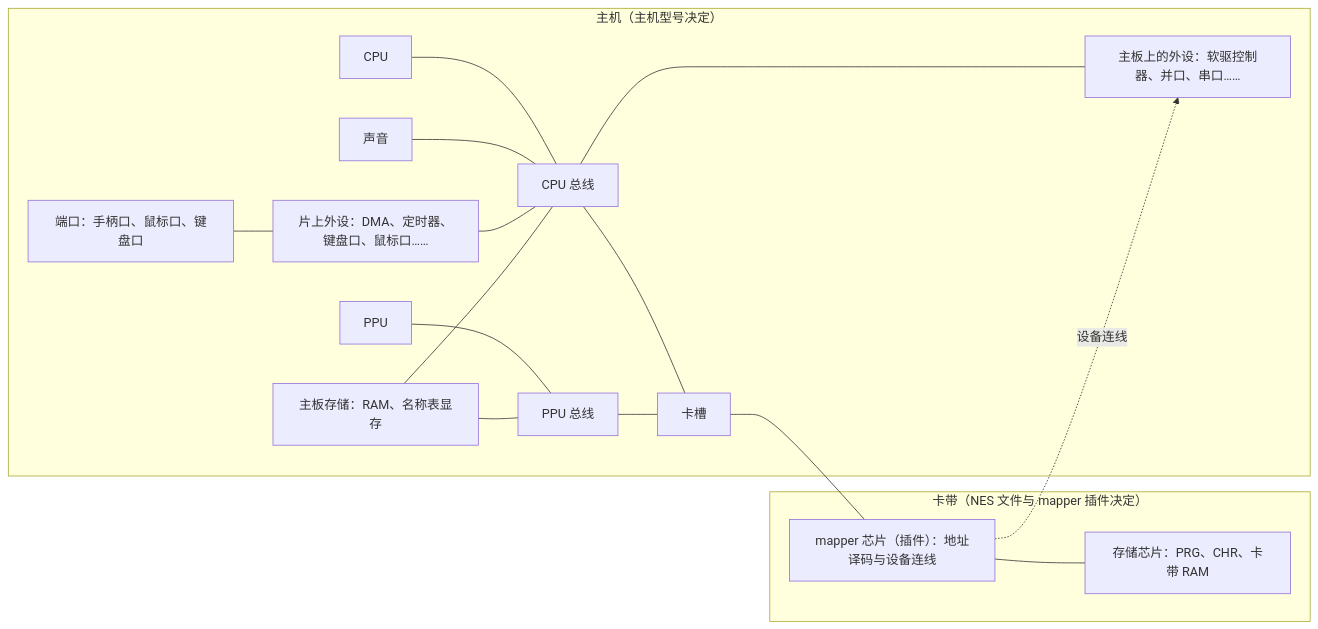
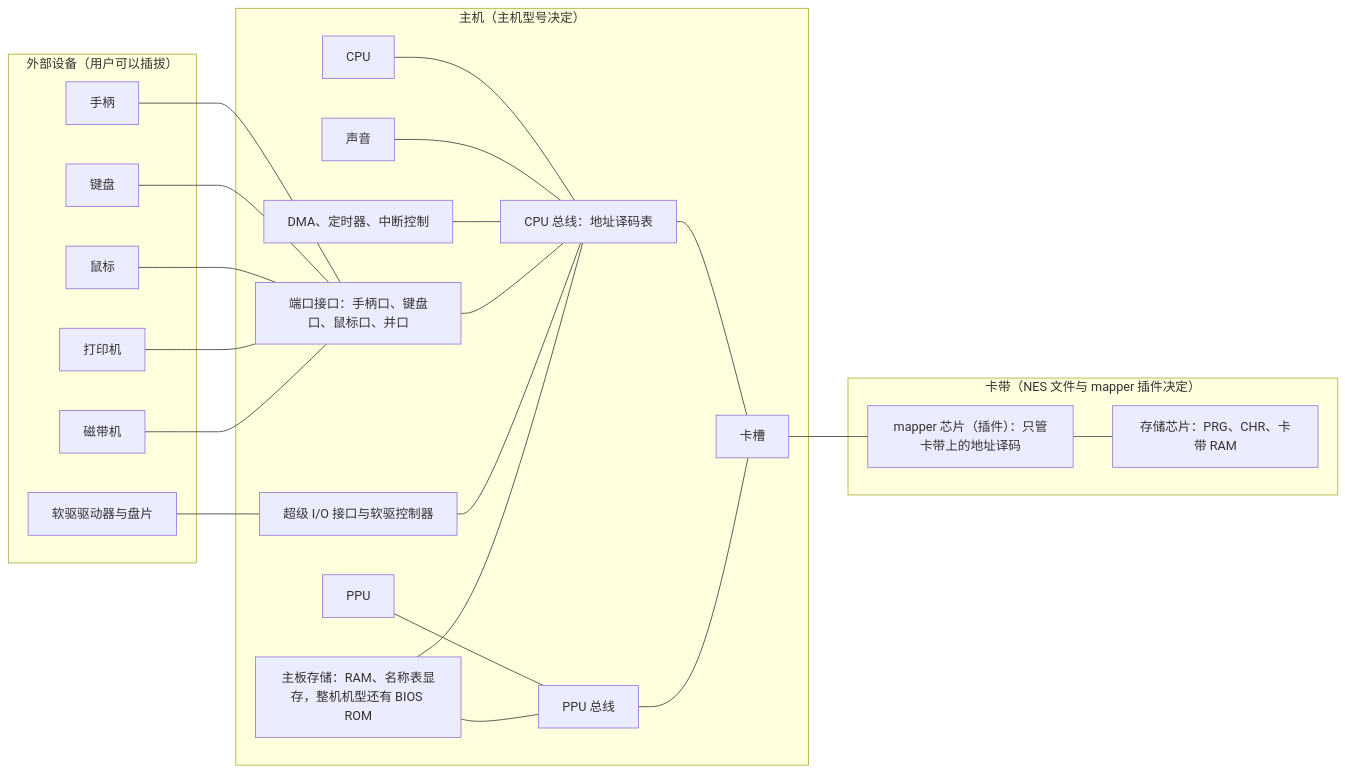
One commit to sungbindev/famiclone changed the diagram in ember/docs/02-硬件模块.md. Above: the diagram before and after it, drawn with Mermaid. The commit also changed other lines of this file and 27 other files, not shown here.

First line of the commit message:
Ember：学习机改为整机机型与 BIOS，取消 mapper 设备连线

````diff
--- a/ember/docs/02-硬件模块.md
+++ b/ember/docs/02-硬件模块.md
@@ -25,32 +27,45 @@
 ```mermaid
 flowchart LR
   subgraph MACHINE["主机（主机型号决定）"]
     CPU["CPU"]
     PPU["PPU"]
     SND["声音"]
-    ONCHIP["片上外设：DMA、定时器、键盘口、鼠标口……"]
-    BOARDDEV["主板上的外设：软驱控制器、并口、串口……"]
-    BOARD["主板存储：RAM、名称表显存"]
-    PORTS["端口：手柄口、鼠标口、键盘口"]
-    CBUS["CPU 总线"]
+    CBUS["CPU 总线：地址译码表"]
     PBUS["PPU 总线"]
+    BOARD["主板存储：RAM、名称表显存，整机机型还有 BIOS ROM"]
+    DMA["DMA、定时器、中断控制"]
+    PORTIF["端口接口：手柄口、键盘口、鼠标口、并口"]
+    SIO["超级 I/O 接口与软驱控制器"]
     SLOT["卡槽"]
   end
+  subgraph EXT["外部设备（用户可以插拔）"]
+    PAD["手柄"]
+    KBD["键盘"]
+    MOUSE["鼠标"]
+    PRINTER["打印机"]
+    TAPE["磁带机"]
+    FDD["软驱驱动器与盘片"]
+  end
   subgraph CART["卡带（NES 文件与 mapper 插件决定）"]
+    MAP["mapper 芯片（插件）：只管卡带上的地址译码"]
     ROM["存储芯片：PRG、CHR、卡带 RAM"]
-    MAP["mapper 芯片（插件）：地址译码与设备连线"]
   end
   CPU --- CBUS
   PPU --- PBUS
   SND --- CBUS
-  ONCHIP --- CBUS
-  BOARDDEV --- CBUS
+  DMA --- CBUS
+  PORTIF --- CBUS
+  SIO --- CBUS
   BOARD --- CBUS
   BOARD --- PBUS
   CBUS --- SLOT
   PBUS --- SLOT
-  PORTS --- ONCHIP
+  PAD --- PORTIF
+  KBD --- PORTIF
+  MOUSE --- PORTIF
+  PRINTER --- PORTIF
+  TAPE --- PORTIF
+  FDD --- SIO
   SLOT --- MAP
   MAP --- ROM
-  MAP -.->|"设备连线"| BOARDDEV
 ```
````
